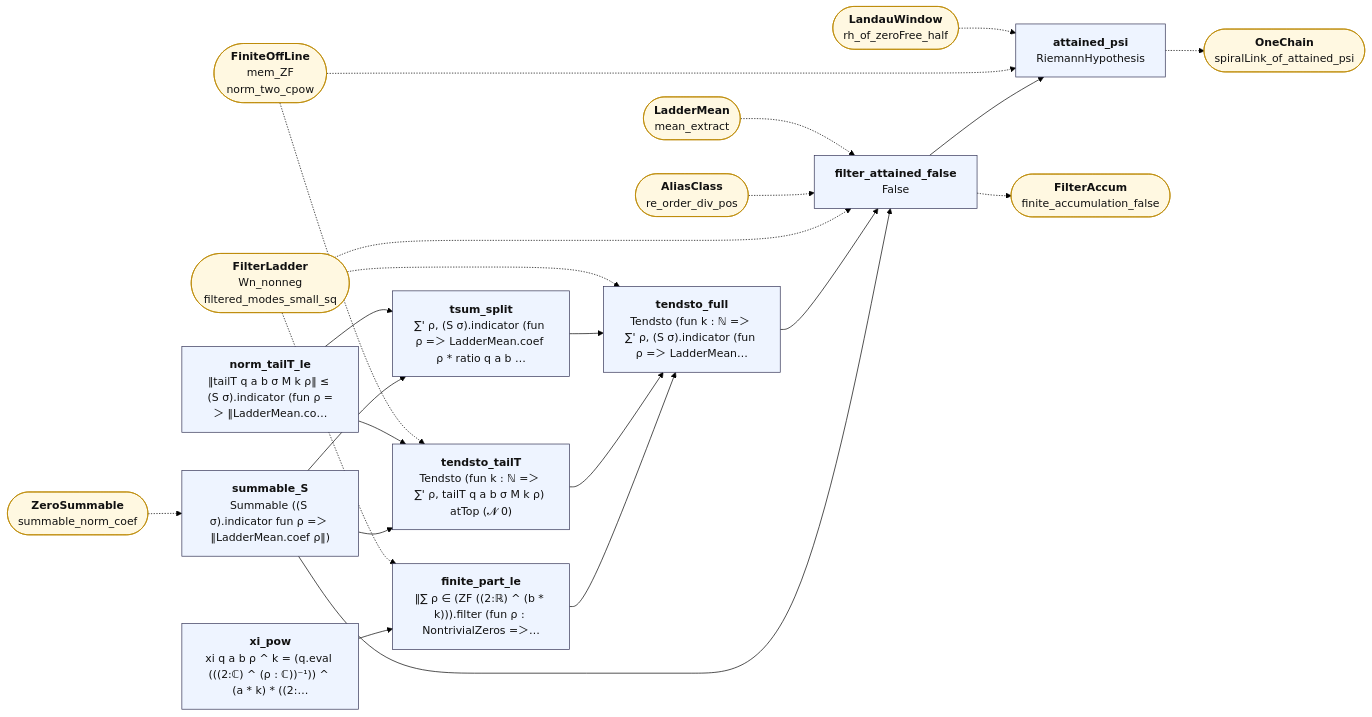
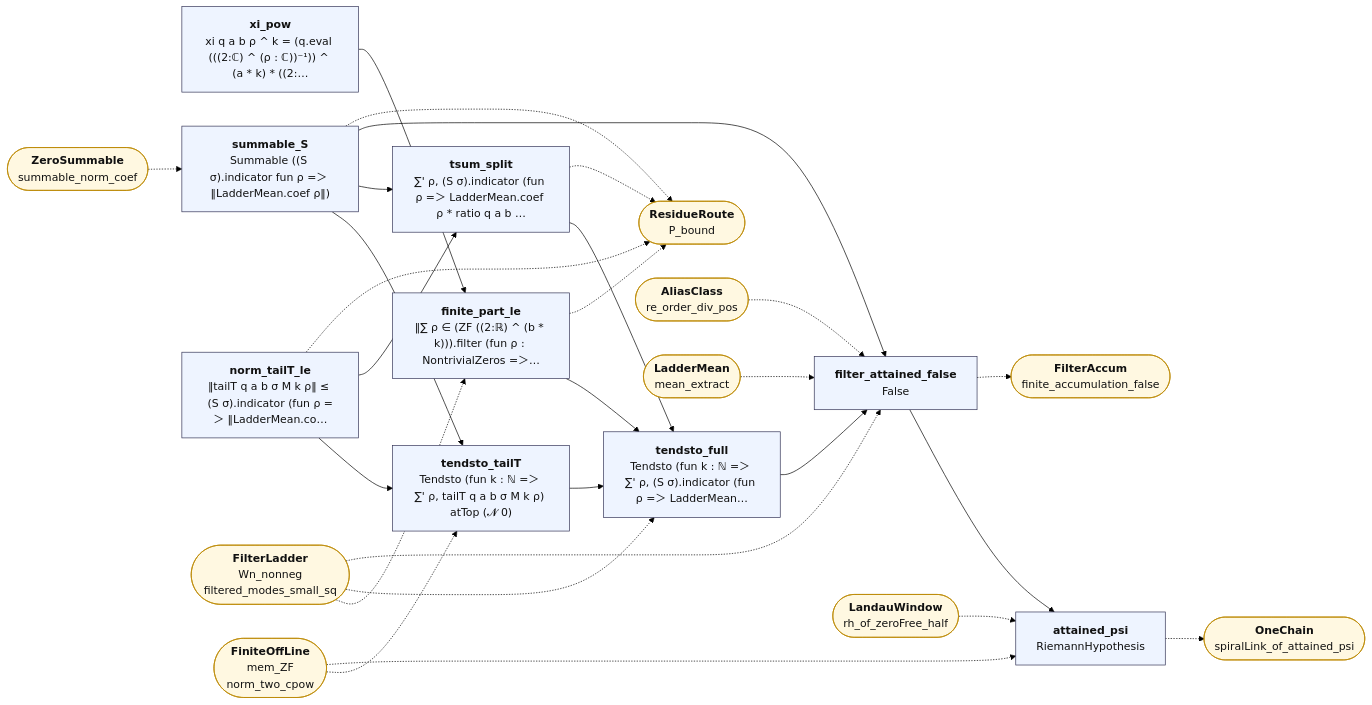
The diagram in map/lean_stage3/FilterAttained.mmd (juliansambranojr/Primebeat_081426), drawn with Mermaid (forest theme) before and after one commit. The commit also changed 24 other files, not shown here.

```diff
--- a/map/lean_stage3/FilterAttained.mmd
+++ b/map/lean_stage3/FilterAttained.mmd
@@ -1,48 +1,53 @@
 flowchart LR
   n0["<b>xi_pow</b><br/>xi q a b ρ ^ k = (q.eval (((2:ℂ) ^ (ρ : ℂ))⁻¹)) ^ (a * k) * ((2:…"]:::thm
   n1["<b>summable_S</b><br/>Summable ((S σ).indicator fun ρ =＞ ‖LadderMean.coef ρ‖)"]:::thm
   n2["<b>finite_part_le</b><br/>‖∑ ρ ∈ (ZF ((2:ℝ) ^ (b * k))).filter (fun ρ : NontrivialZeros =＞…"]:::thm
   n3["<b>norm_tailT_le</b><br/>‖tailT q a b σ M k ρ‖ ≤ (S σ).indicator (fun ρ =＞ ‖LadderMean.co…"]:::thm
   n4["<b>tendsto_tailT</b><br/>Tendsto (fun k : ℕ =＞ ∑' ρ, tailT q a b σ M k ρ) atTop (𝓝 0)"]:::thm
   n5["<b>tsum_split</b><br/>∑' ρ, (S σ).indicator (fun ρ =＞ LadderMean.coef ρ * ratio q a b …"]:::thm
   n6["<b>tendsto_full</b><br/>Tendsto (fun k : ℕ =＞ ∑' ρ, (S σ).indicator (fun ρ =＞ LadderMean…"]:::thm
   n7["<b>filter_attained_false</b><br/>False"]:::thm
   n8["<b>attained_psi</b><br/>RiemannHypothesis"]:::thm
   x0(["<b>ZeroSummable</b><br/>summable_norm_coef"]):::ext
-  x1(["<b>FilterLadder</b><br/>Wn_nonneg<br/>filtered_modes_small_sq"]):::ext
-  x2(["<b>FiniteOffLine</b><br/>mem_ZF<br/>norm_two_cpow"]):::ext
-  x3(["<b>AliasClass</b><br/>re_order_div_pos"]):::ext
-  x4(["<b>LadderMean</b><br/>mean_extract"]):::ext
-  x5(["<b>FilterAccum</b><br/>finite_accumulation_false"]):::ext
-  x6(["<b>LandauWindow</b><br/>rh_of_zeroFree_half"]):::ext
-  x7(["<b>OneChain</b><br/>spiralLink_of_attained_psi"]):::ext
+  x1(["<b>ResidueRoute</b><br/>P_bound"]):::ext
+  x2(["<b>FilterLadder</b><br/>Wn_nonneg<br/>filtered_modes_small_sq"]):::ext
+  x3(["<b>FiniteOffLine</b><br/>mem_ZF<br/>norm_two_cpow"]):::ext
+  x4(["<b>AliasClass</b><br/>re_order_div_pos"]):::ext
+  x5(["<b>LadderMean</b><br/>mean_extract"]):::ext
+  x6(["<b>FilterAccum</b><br/>finite_accumulation_false"]):::ext
+  x7(["<b>LandauWindow</b><br/>rh_of_zeroFree_half"]):::ext
+  x8(["<b>OneChain</b><br/>spiralLink_of_attained_psi"]):::ext
   n0 --> n2
   n1 --> n4
   n1 --> n5
   n1 --> n7
   n2 --> n6
   n3 --> n4
   n3 --> n5
   n4 --> n6
   n5 --> n6
   n6 --> n7
   n7 --> n8
-  n7 -.-> x5
-  n8 -.-> x7
+  n1 -.-> x1
+  n2 -.-> x1
+  n3 -.-> x1
+  n5 -.-> x1
+  n7 -.-> x6
+  n8 -.-> x8
   x0 -.-> n1
-  x1 -.-> n2
-  x1 -.-> n6
-  x1 -.-> n7
-  x2 -.-> n4
-  x2 -.-> n8
-  x3 -.-> n7
+  x2 -.-> n2
+  x2 -.-> n6
+  x2 -.-> n7
+  x3 -.-> n4
+  x3 -.-> n8
   x4 -.-> n7
-  x6 -.-> n8
+  x5 -.-> n7
+  x7 -.-> n8
   classDef cnt fill:#dff5ec,stroke:#17694a,color:#111
   classDef shp fill:#f1ecfb,stroke:#5b3fa0,color:#111
   classDef rh fill:#ffe5e5,stroke:#c22,color:#111,stroke-width:2px
   classDef thm fill:#eef4ff,stroke:#335,color:#111
   classDef end_ fill:#e7f7e7,stroke:#2a7,color:#111,stroke-width:2px
   classDef lone fill:#fff,stroke:#999,color:#111,stroke-dasharray:4 3
   classDef bad fill:#ffe5e5,stroke:#c22,color:#111,stroke-width:2px
   classDef ext fill:#fff8e1,stroke:#b80,color:#111
```
